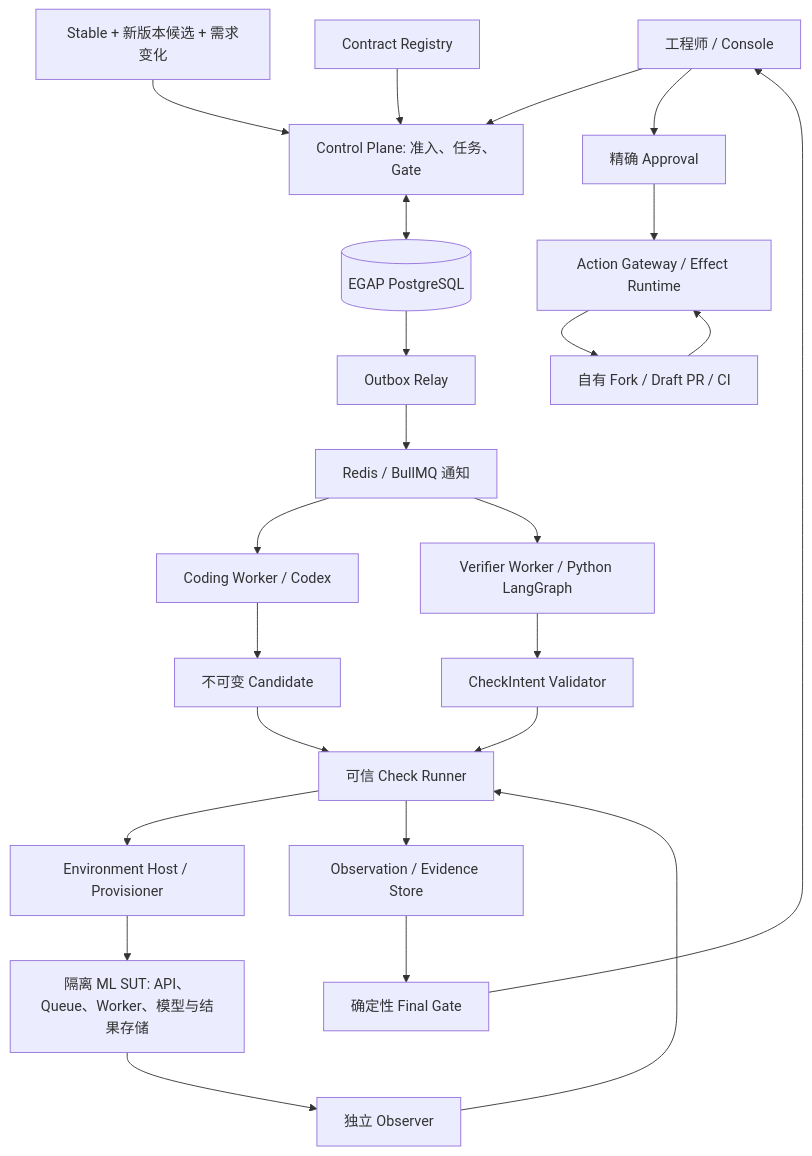
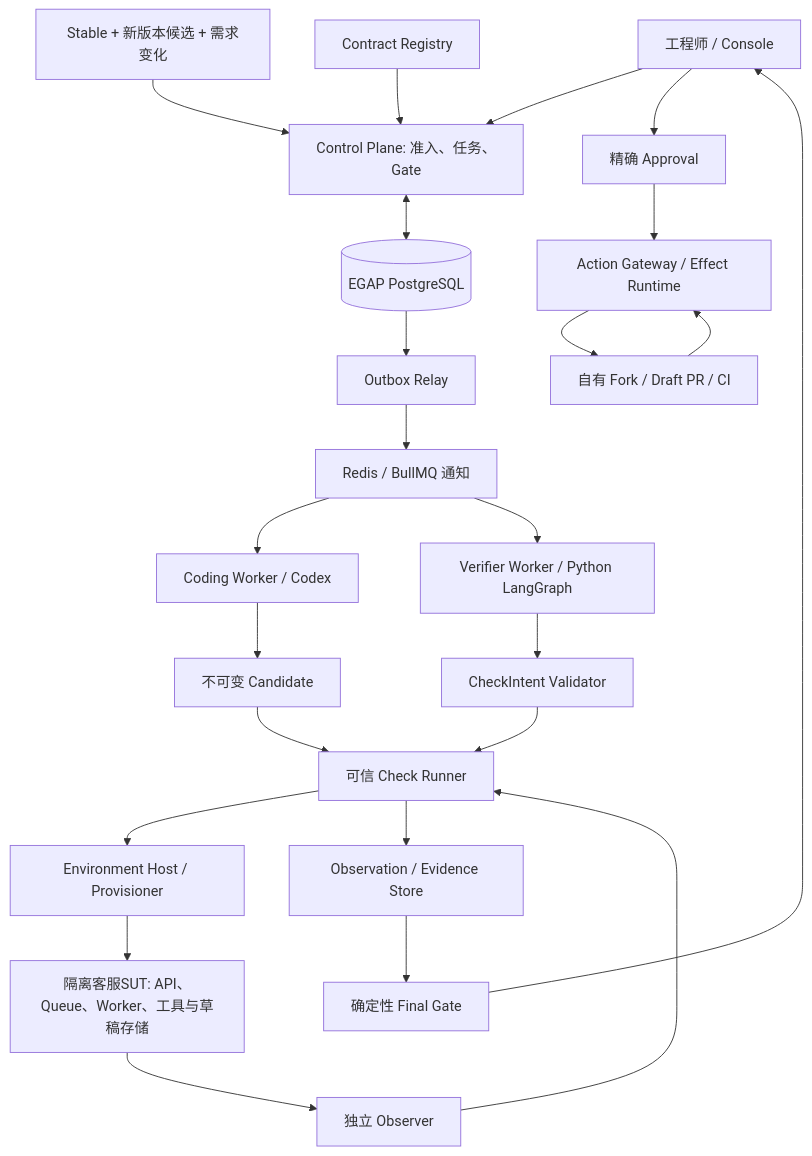
One commit to guangxinsuuu/EvidCodingAgent changed the diagram in docs/01-system-architecture.md. Above: the diagram before and after it, drawn with Mermaid. The commit also changed other lines of this file and 57 other files, not shown here.

````diff
--- a/docs/01-system-architecture.md
+++ b/docs/01-system-architecture.md
@@ -9,26 +9,26 @@
 ```mermaid
 flowchart TB
   UI[工程师 / Console] --> CP[Control Plane: 准入、任务、Gate]
   RELEASE[Stable + 新版本候选 + 需求变化] --> CP
   REG[Contract Registry] --> CP
   CP <--> DB[(EGAP PostgreSQL)]
   DB --> OB[Outbox Relay]
   OB --> Q[Redis / BullMQ 通知]
   Q --> CW[Coding Worker / Codex]
   Q --> VW[Verifier Worker / Python LangGraph]
   CW --> CAN[不可变 Candidate]
   VW --> INT[CheckIntent Validator]
   CAN --> CR[可信 Check Runner]
   INT --> CR
   CR --> EH[Environment Host / Provisioner]
-  EH --> SUT[隔离 ML SUT: API、Queue、Worker、模型与结果存储]
+  EH --> SUT[隔离客服SUT: API、Queue、Worker、工具与草稿存储]
   SUT --> OBS[独立 Observer]
   OBS --> CR
   CR --> ART[Observation / Evidence Store]
   ART --> GATE[确定性 Final Gate]
   GATE --> UI
   UI --> AP[精确 Approval]
   AP --> AG[Action Gateway / Effect Runtime]
   AG --> REMOTE[自有 Fork / Draft PR / CI]
   REMOTE --> AG
 ```
````
